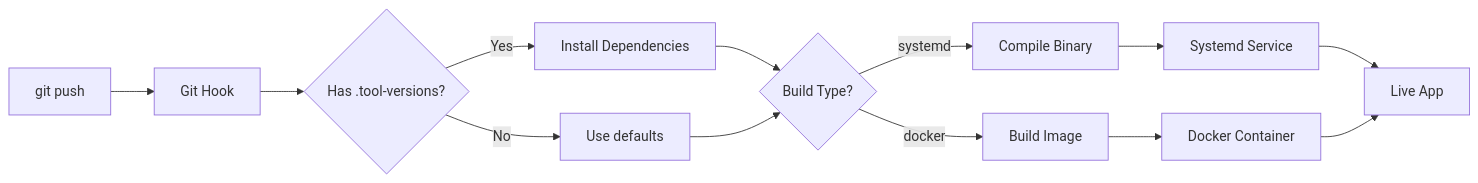
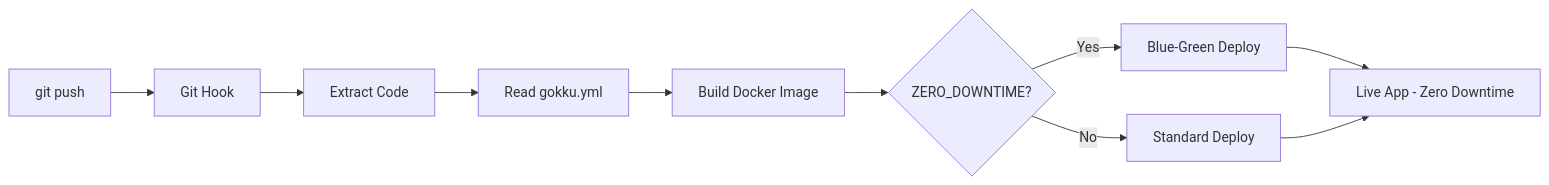
Before and after one commit to thadeu/gokku: the diagram in docs/guide/what-is-gokku.md, drawn with Mermaid. The commit also changed other lines of this file and 17 other files, not shown here.

First line of the commit message:
refactor: remove 'build.type: docker' from configurations and update documentation

````diff
--- a/docs/guide/what-is-gokku.md
+++ b/docs/guide/what-is-gokku.md
@@ -24,15 +24,12 @@
 ```mermaid
 graph LR
     A[git push] --> B[Git Hook]
-    B --> C{Has .tool-versions?}
-    C -->|Yes| D[Install Dependencies]
-    C -->|No| E[Use defaults]
-    D --> F{Build Type?}
-    E --> F
-    F -->|systemd| G[Compile Binary]
-    F -->|docker| H[Build Image]
-    G --> I[Systemd Service]
-    H --> J[Docker Container]
-    I --> K[Live App]
-    J --> K
+    B --> C[Extract Code]
+    C --> D[Read gokku.yml]
+    D --> E[Build Docker Image]
+    E --> F{ZERO_DOWNTIME?}
+    F -->|Yes| G[Blue-Green Deploy]
+    F -->|No| H[Standard Deploy]
+    G --> I[Live App - Zero Downtime]
+    H --> I
 ```
````
